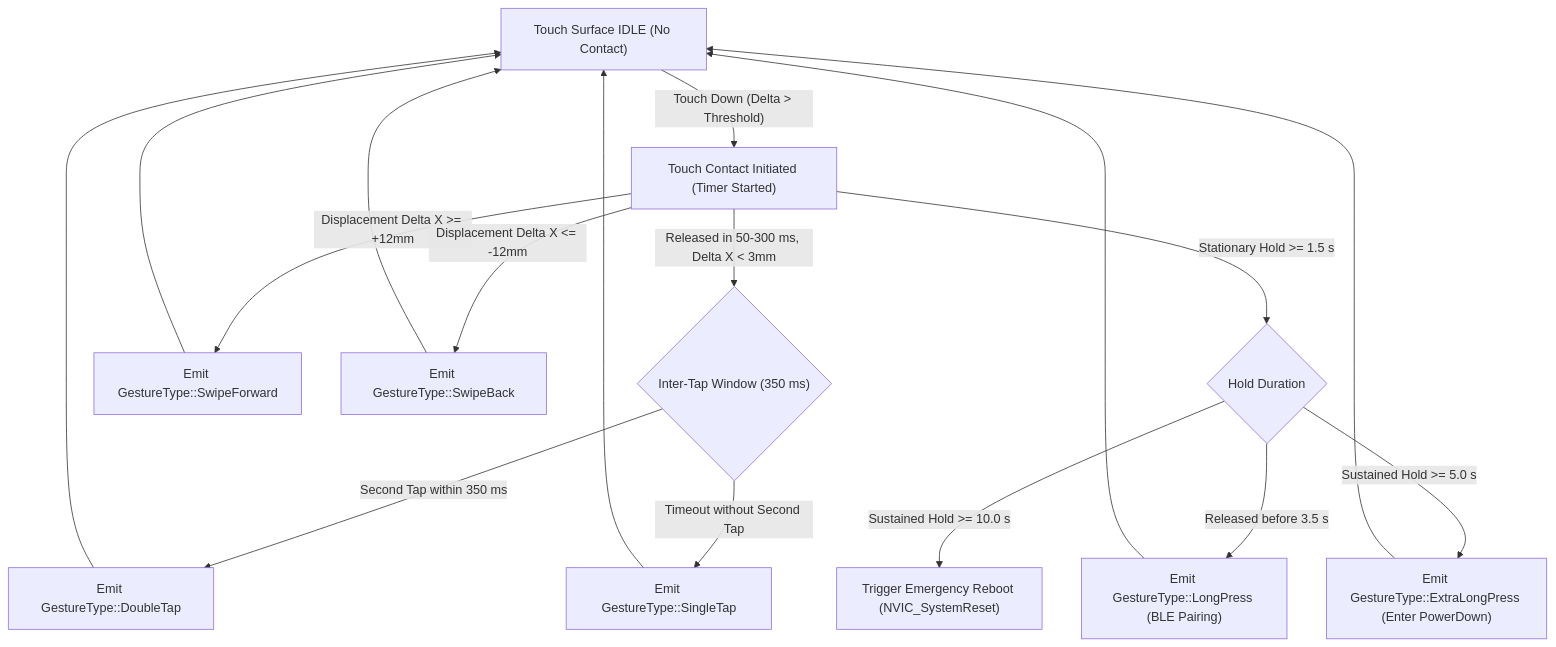
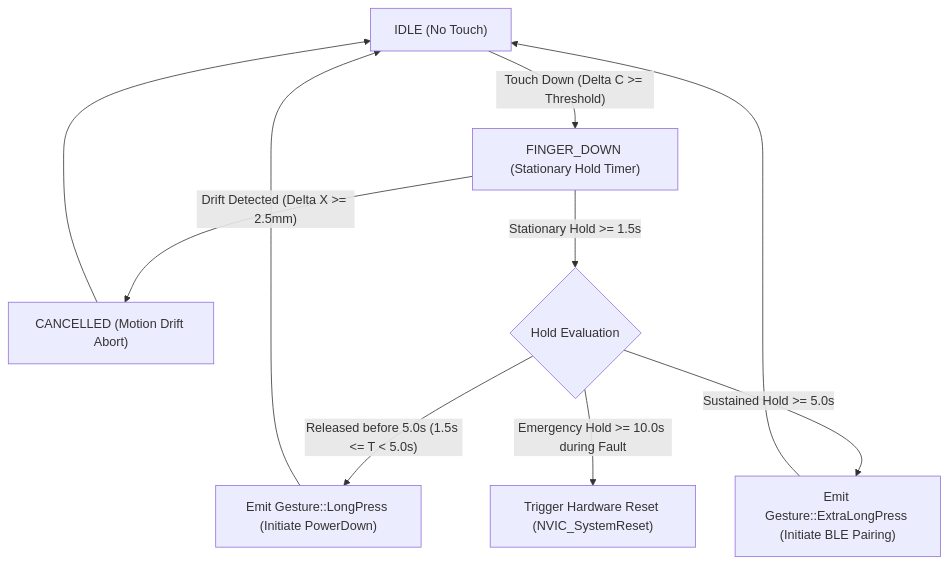
The fifth of 7 diagrams in app/carrier_board.md (picklethecat1488-hue/firmware), drawn with Mermaid before and after one commit. The commit also changed other lines of this file and 2 other files, not shown here.

````diff
--- a/app/carrier_board.md
+++ b/app/carrier_board.md
@@ -882,19 +952,12 @@
 ```mermaid
 flowchart TD
-    IDLE["Touch Surface IDLE (No Contact)"] -->|"Touch Down (Delta > Threshold)"| TOUCH_DOWN["Touch Contact Initiated (Timer Started)"]
-    TOUCH_DOWN -->|"Released in 50-300 ms, Delta X < 3mm"| TAP_PENDING{"Inter-Tap Window (350 ms)"}
-    TAP_PENDING -->|"Second Tap within 350 ms"| DOUBLE_TAP["Emit GestureType::DoubleTap"]
-    TAP_PENDING -->|"Timeout without Second Tap"| SINGLE_TAP["Emit GestureType::SingleTap"]
-    TOUCH_DOWN -->|"Displacement Delta X >= +12mm"| SWIPE_FWD["Emit GestureType::SwipeForward"]
-    TOUCH_DOWN -->|"Displacement Delta X <= -12mm"| SWIPE_BACK["Emit GestureType::SwipeBack"]
-    TOUCH_DOWN -->|"Stationary Hold >= 1.5 s"| LONG_PRESS_EVAL{"Hold Duration"}
-    LONG_PRESS_EVAL -->|"Released before 3.5 s"| LONG_PRESS["Emit GestureType::LongPress (BLE Pairing)"]
-    LONG_PRESS_EVAL -->|"Sustained Hold >= 5.0 s"| EXTRA_LONG_PRESS["Emit GestureType::ExtraLongPress (Enter PowerDown)"]
-    LONG_PRESS_EVAL -->|"Sustained Hold >= 10.0 s"| HARD_RESET["Trigger Emergency Reboot (NVIC_SystemReset)"]
-    DOUBLE_TAP --> IDLE
-    SINGLE_TAP --> IDLE
-    SWIPE_FWD --> IDLE
-    SWIPE_BACK --> IDLE
-    LONG_PRESS --> IDLE
-    EXTRA_LONG_PRESS --> IDLE
+    IDLE_PRESS["IDLE (No Touch)"] -->|"Touch Down (Delta C >= Threshold)"| FINGER_DOWN_PRESS["FINGER_DOWN (Stationary Hold Timer)"]
+    FINGER_DOWN_PRESS -->|"Drift Detected (Delta X >= 2.5mm)"| CANCELLED_PRESS["CANCELLED (Motion Drift Abort)"]
+    FINGER_DOWN_PRESS -->|"Stationary Hold >= 1.5s"| EVAL_HOLD{"Hold Evaluation"}
+    EVAL_HOLD -->|"Released before 5.0s (1.5s <= T < 5.0s)"| EMIT_LONG["Emit Gesture::LongPress (Initiate PowerDown)"]
+    EVAL_HOLD -->|"Sustained Hold >= 5.0s"| EMIT_EXTRA["Emit Gesture::ExtraLongPress (Initiate BLE Pairing)"]
+    EVAL_HOLD -->|"Emergency Hold >= 10.0s during Fault"| HARD_REBOOT["Trigger Hardware Reset (NVIC_SystemReset)"]
+    EMIT_LONG --> IDLE_PRESS
+    EMIT_EXTRA --> IDLE_PRESS
+    CANCELLED_PRESS --> IDLE_PRESS
 ```
````
